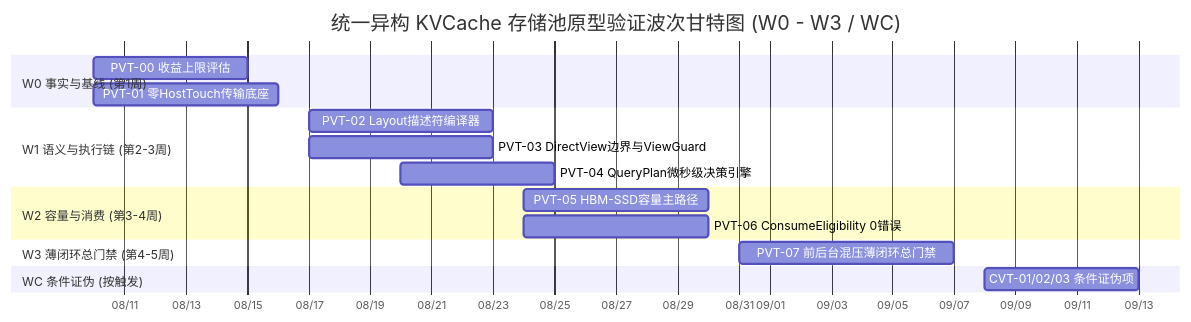
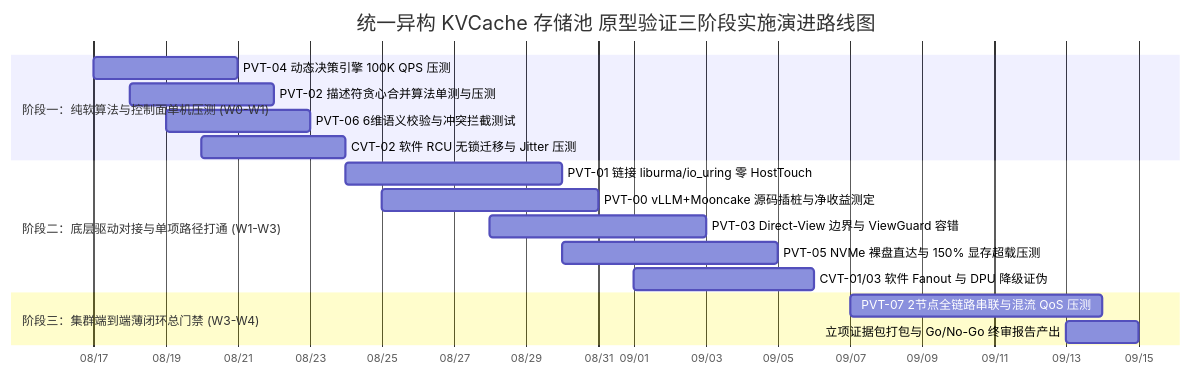
The diagram in kvcache/unified_kv_memory/提前验证方案设计/验证计划方案设计/00_统一异构KVCache存储池_关键技术原型验证总体实施方案设计.md (stonetree/reports), drawn with Mermaid before and after one commit. The commit also changed other lines of this file and 11 other files, not shown here.

````diff
--- a/kvcache/unified_kv_memory/提前验证方案设计/验证计划方案设计/00_统一异构KVCache存储池_关键技术原型验证总体实施方案设计.md
+++ b/kvcache/unified_kv_memory/提前验证方案设计/验证计划方案设计/00_统一异构KVCache存储池_关键技术原型验证总体实施方案设计.md
@@ -77,20 +106,20 @@
 ```mermaid
 gantt
-    title 统一异构 KVCache 存储池原型验证波次甘特图 (W0 - W3 / WC)
+    title 统一异构 KVCache 存储池 原型验证三阶段实施演进路线图
     dateFormat  YYYY-MM-DD
     axisFormat  %m/%d
-    section W0 事实与基线 (第1周)
-    PVT-00 收益上限评估           :a1, 2026-08-10, 2026-08-15
-    PVT-01 零HostTouch传输底座     :a2, 2026-08-10, 2026-08-16
-    section W1 语义与执行链 (第2-3周)
-    PVT-02 Layout描述符编译器      :b1, 2026-08-17, 2026-08-23
-    PVT-03 DirectView边界与ViewGuard:b2, 2026-08-17, 2026-08-23
-    PVT-04 QueryPlan微秒级决策引擎 :b3, 2026-08-20, 2026-08-25
-    section W2 容量与消费 (第3-4周)
-    PVT-05 HBM-SSD容量主路径      :c1, 2026-08-24, 2026-08-30
-    PVT-06 ConsumeEligibility 0错误:c2, 2026-08-24, 2026-08-30
-    section W3 薄闭环总门禁 (第4-5周)
-    PVT-07 前后台混压薄闭环总门禁  :d1, 2026-08-31, 2026-09-07
-    section WC 条件证伪 (按触发)
-    CVT-01/02/03 条件证伪项        :e1, 2026-09-08, 2026-09-13
+    section 阶段一：纯软算法与控制面单机压测 (W0-W1)
+    PVT-04 动态决策引擎 100K QPS 压测       :p1, 2026-08-17, 2026-08-21
+    PVT-02 描述符贪心合并算法单测与压测     :p2, 2026-08-18, 2026-08-22
+    PVT-06 6维语义校验与冲突拦截测试        :p3, 2026-08-19, 2026-08-23
+    CVT-02 软件 RCU 无锁迁移与 Jitter 压测  :p4, 2026-08-20, 2026-08-24
+    section 阶段二：底层驱动对接与单项路径打通 (W1-W3)
+    PVT-01 链接 liburma/io_uring 零 HostTouch:q1, 2026-08-24, 2026-08-30
+    PVT-00 vLLM+Mooncake 源码插桩与净收益测定:q2, 2026-08-25, 2026-08-31
+    PVT-03 Direct-View 边界与 ViewGuard 容错:q3, 2026-08-28, 2026-09-03
+    PVT-05 NVMe 裸盘直达与 150% 显存超载压测 :q4, 2026-08-30, 2026-09-05
+    CVT-01/03 软件 Fanout 与 DPU 降级证伪     :q5, 2026-09-01, 2026-09-06
+    section 阶段三：集群端到端薄闭环总门禁 (W3-W4)
+    PVT-07 2节点全链路串联与混流 QoS 压测   :r1, 2026-09-07, 2026-09-14
+    立项证据包打包与 Go/No-Go 终审报告产出   :r2, 2026-09-13, 2026-09-15
 ```
````
